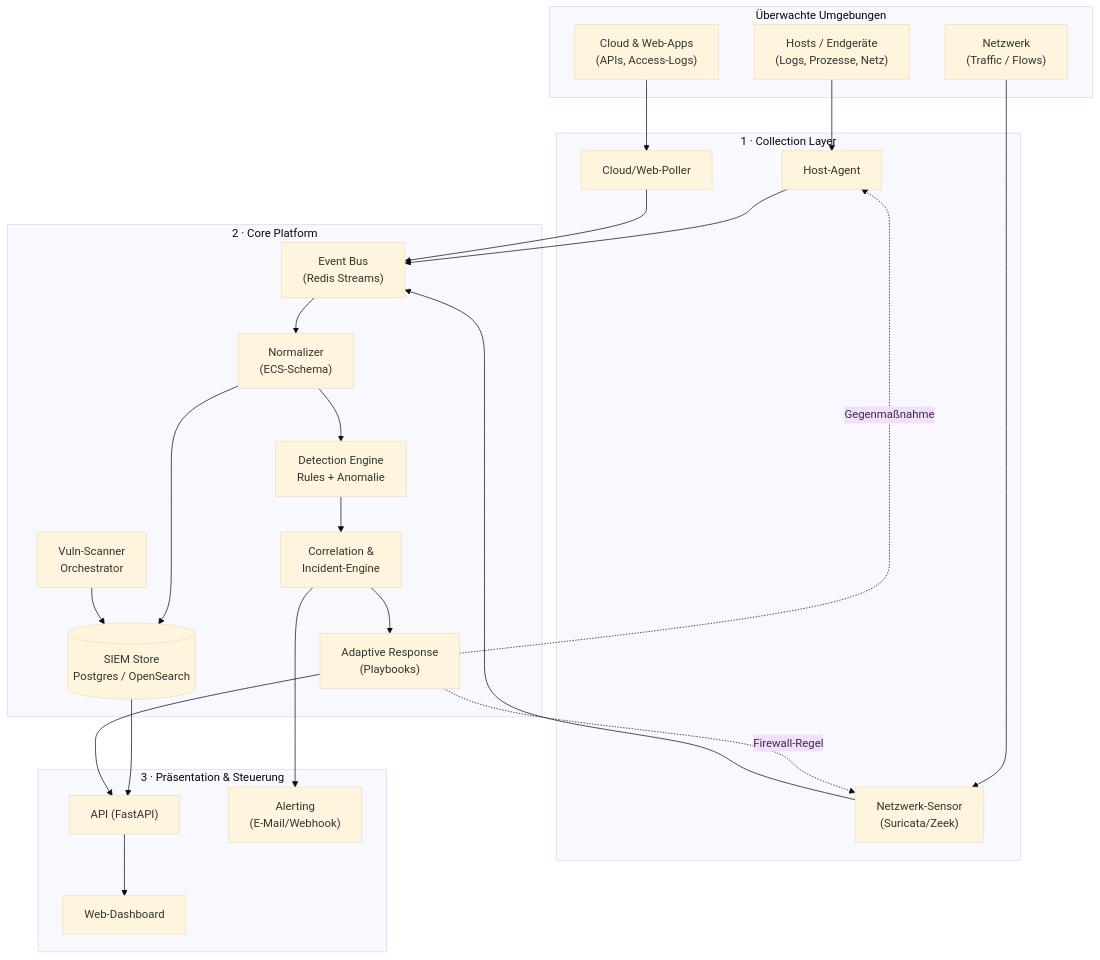
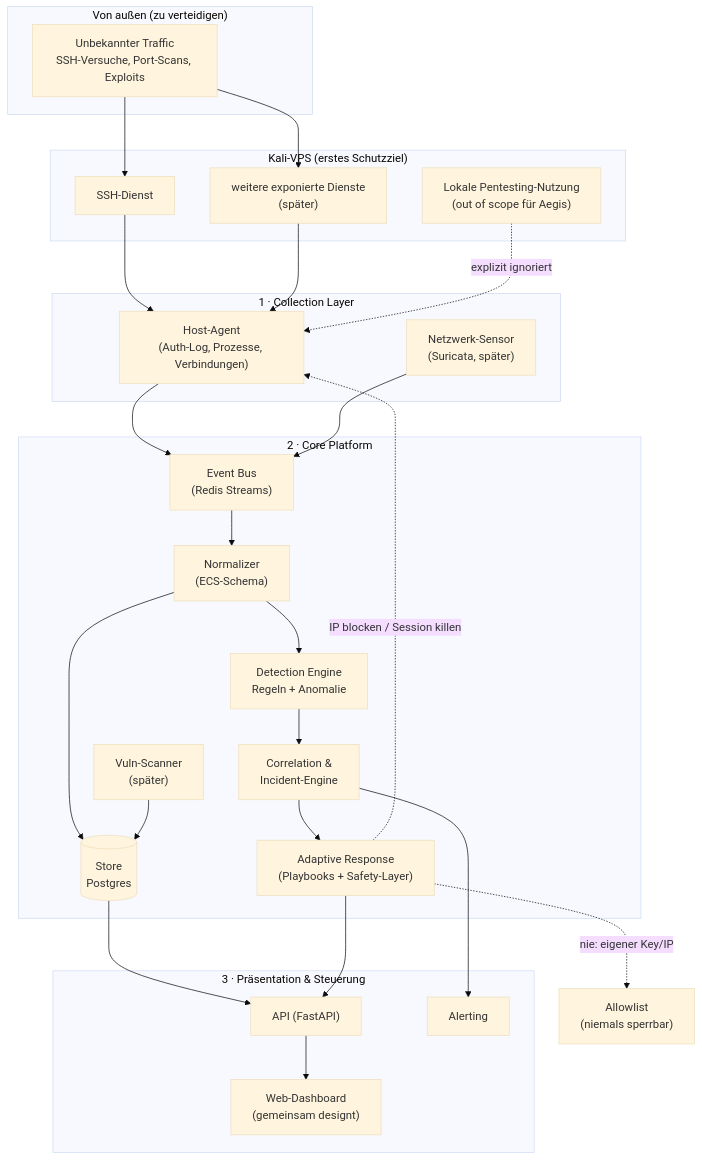
One commit to olesorgenfrey/Security-system changed the diagram in docs/architecture.md. Above: the diagram before and after it, drawn with Mermaid (base theme). The commit also changed other lines of this file and 2 other files, not shown here.

First line of the commit message:
Ground plan in real setup: Kali VPS scope, honest zero-day framing

````diff
--- a/docs/architecture.md
+++ b/docs/architecture.md
@@ -29,42 +60,47 @@
 ```mermaid
 flowchart TB
-    subgraph Sources["Überwachte Umgebungen"]
-        H["Hosts / Endgeräte<br/>(Logs, Prozesse, Netz)"]
-        N["Netzwerk<br/>(Traffic / Flows)"]
-        C["Cloud & Web-Apps<br/>(APIs, Access-Logs)"]
+    subgraph Outside["Von außen (zu verteidigen)"]
+        ATT["Unbekannter Traffic<br/>SSH-Versuche, Port-Scans, Exploits"]
+    end
+
+    subgraph KaliVPS["Kali-VPS (erstes Schutzziel)"]
+        SSHD["SSH-Dienst"]
+        SVC["weitere exponierte Dienste<br/>(später)"]
+        LOCAL["Lokale Pentesting-Nutzung<br/>(out of scope für Aegis)"]
     end
 
     subgraph Collect["1 · Collection Layer"]
-        A["Host-Agent"]
-        S["Netzwerk-Sensor<br/>(Suricata/Zeek)"]
-        P["Cloud/Web-Poller"]
+        A["Host-Agent<br/>(Auth-Log, Prozesse, Verbindungen)"]
+        S["Netzwerk-Sensor<br/>(Suricata, später)"]
     end
 
     subgraph Core["2 · Core Platform"]
         BUS["Event Bus<br/>(Redis Streams)"]
         NORM["Normalizer<br/>(ECS-Schema)"]
-        STORE[("SIEM Store<br/>Postgres / OpenSearch")]
-        DET["Detection Engine<br/>Rules + Anomalie"]
+        STORE[("Store<br/>Postgres")]
+        DET["Detection Engine<br/>Regeln + Anomalie"]
         CORR["Correlation &<br/>Incident-Engine"]
-        SOAR["Adaptive Response<br/>(Playbooks)"]
-        VULN["Vuln-Scanner<br/>Orchestrator"]
+        SOAR["Adaptive Response<br/>(Playbooks + Safety-Layer)"]
+        VULN["Vuln-Scanner<br/>(später)"]
     end
 
     subgraph UI["3 · Präsentation & Steuerung"]
         API["API (FastAPI)"]
-        DASH["Web-Dashboard"]
-        NOTIF["Alerting<br/>(E-Mail/Webhook)"]
+        DASH["Web-Dashboard<br/>(gemeinsam designt)"]
+        NOTIF["Alerting"]
     end
 
-    H --> A --> BUS
-    N --> S --> BUS
-    C --> P --> BUS
+    ATT --> SSHD --> A
+    ATT --> SVC --> A
+    LOCAL -.explizit ignoriert.-> A
+    A --> BUS
+    S --> BUS
     BUS --> NORM --> STORE
     NORM --> DET --> CORR --> SOAR
     VULN --> STORE
     CORR --> NOTIF
     STORE --> API --> DASH
     SOAR --> API
-    SOAR -.Gegenmaßnahme.-> A
-    SOAR -.Firewall-Regel.-> S
+    SOAR -.IP blocken / Session killen.-> A
+    SOAR -."nie": eigener Key/IP.-> ALLOW["Allowlist<br/>(niemals sperrbar)"]
 ```
````
